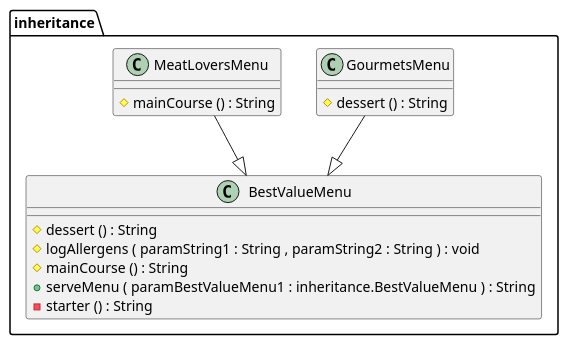
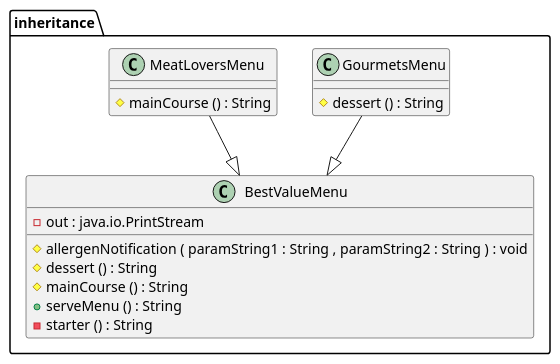
Before and after one commit to martinsson/composition-over-inheritance-refactoring-kata: the diagram in java/inheritance.puml, drawn with PlantUML.

Commit message:
update plantuml

```diff
--- a/java/inheritance.puml
+++ b/java/inheritance.puml
@@ -1,28 +1,29 @@
 @startuml
 
 class inheritance.BestValueMenu {
+	{field} -out : java.io.PrintStream
+	{method} #allergenNotification ( paramString1 : String , paramString2 : String ) : void
 	{method} #dessert () : String
-	{method} #logAllergens ( paramString1 : String , paramString2 : String ) : void
 	{method} #mainCourse () : String
-	{method} +serveMenu ( paramBestValueMenu1 : inheritance.BestValueMenu ) : String
+	{method} +serveMenu () : String
 	{method} -starter () : String
 }
 
 
 class inheritance.GourmetsMenu {
 	{method} #dessert () : String
 }
 
 
 class inheritance.MeatLoversMenu {
 	{method} #mainCourse () : String
 }
 
 
 
 
 inheritance.GourmetsMenu --|>  inheritance.BestValueMenu
 inheritance.MeatLoversMenu --|>  inheritance.BestValueMenu
 
 
 @enduml
```
